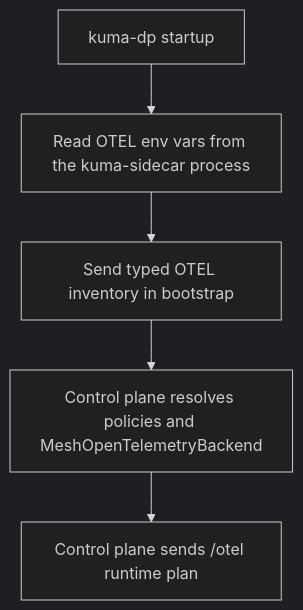
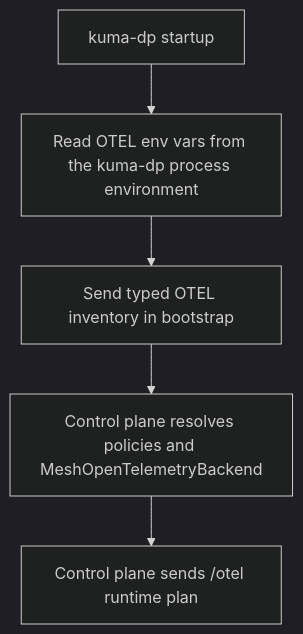
One commit to kumahq/kuma changed the first of 3 diagrams in docs/madr/decisions/100-otel-env-bootstrap-runtime.md. Above: the diagram before and after it, drawn with Mermaid (dark theme). The commit also changed other lines of this file, not shown here.

Commit message:
docs(madr): align OTEL env examples

````diff
--- a/docs/madr/decisions/100-otel-env-bootstrap-runtime.md
+++ b/docs/madr/decisions/100-otel-env-bootstrap-runtime.md
@@ -140,7 +140,7 @@
 ```mermaid
 flowchart TD
-  A[kuma-dp startup] --> B[Read OTEL env vars from the kuma-sidecar process]
+  A[kuma-dp startup] --> B[Read OTEL env vars from the kuma-dp process environment]
   B --> C[Send typed OTEL inventory in bootstrap]
   C --> D[Control plane resolves policies and MeshOpenTelemetryBackend]
   D --> E[Control plane sends /otel runtime plan]
 ```
````
